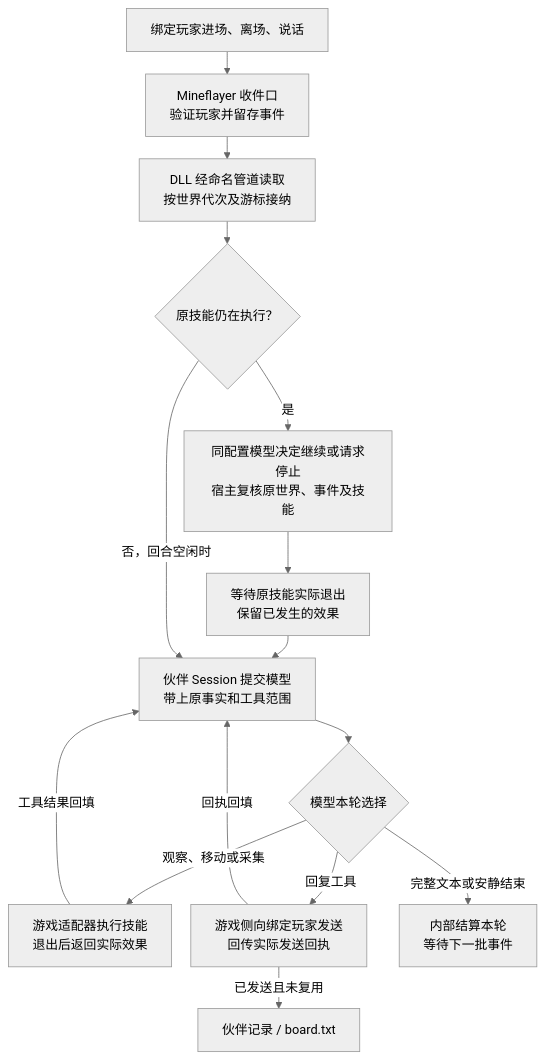
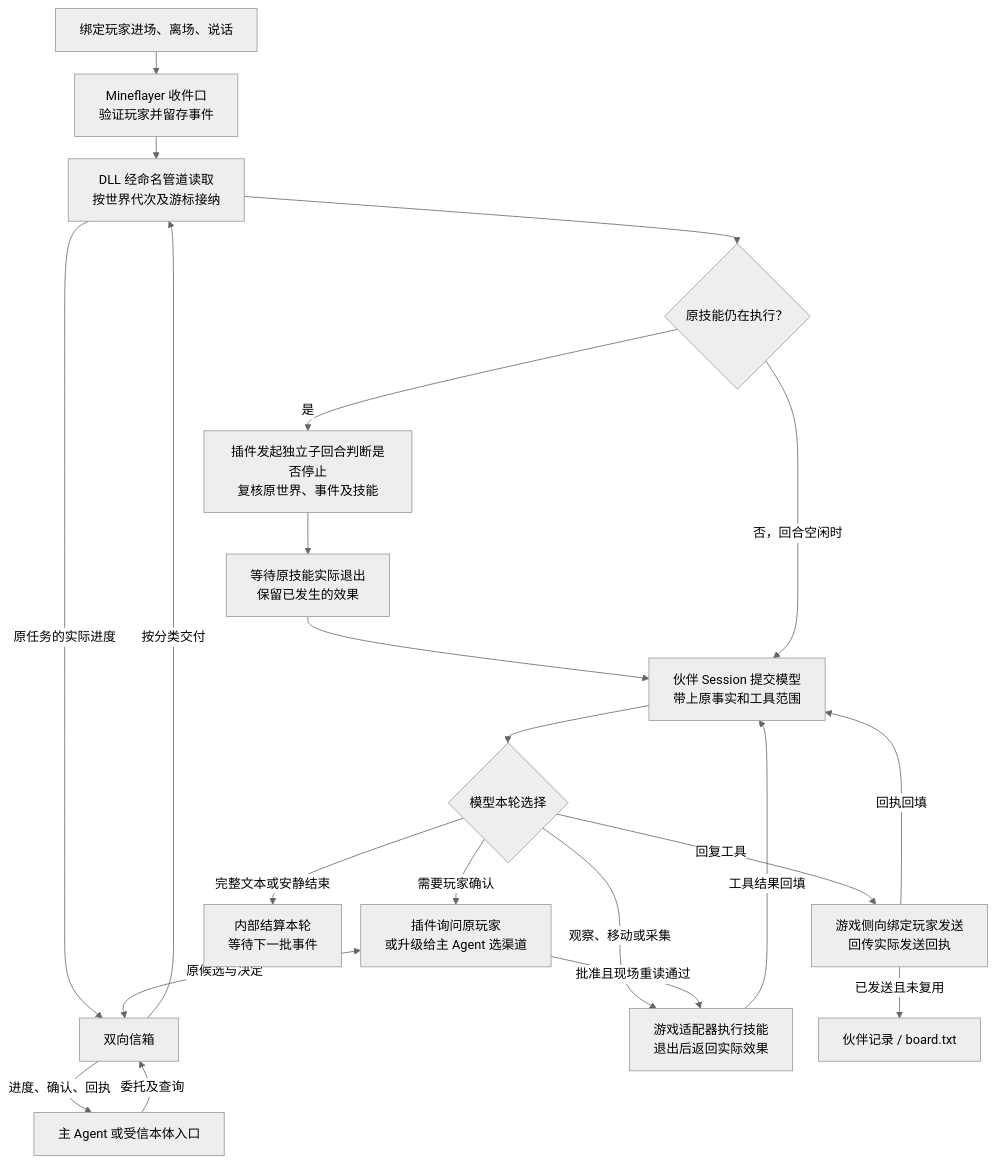
Before and after one commit to AuraKaliya/DaFeiYu-: the third of 5 diagrams in docs/architecture.md, drawn with Mermaid (neutral theme). The commit also changed other lines of this file and 2 other files, not shown here.

````diff
--- a/docs/architecture.md
+++ b/docs/architecture.md
@@ -106,23 +108,30 @@
 ```mermaid
 ---
 config:
   flowchart:
     rankSpacing: 28
     nodeSpacing: 24
 ---
 flowchart TB
     Player["绑定玩家进场、离场、说话"] --> Inbox["Mineflayer 收件口<br/>验证玩家并留存事件"]
     Inbox --> Read["DLL 经命名管道读取<br/>按世界代次及游标接纳"]
+    Main["主 Agent 或受信本体入口"] -->|委托及查询| Mail["双向信箱"]
+    Mail -->|按分类交付| Read
+    Read -->|原任务的实际进度| Mail
+    Mail -->|进度、确认、回执| Main
     Read --> Busy{"原技能仍在执行？"}
-    Busy -->|是| Review["同配置模型决定继续或请求停止<br/>宿主复核原世界、事件及技能"]
+    Busy -->|是| Review["插件发起独立子回合判断是否停止<br/>复核原世界、事件及技能"]
     Review --> Exit["等待原技能实际退出<br/>保留已发生的效果"]
     Exit --> Decide
     Busy -->|否，回合空闲时| Decide["伙伴 Session 提交模型<br/>带上原事实和工具范围"]
     Decide --> Choice{"模型本轮选择"}
     Choice -->|观察、移动或采集| Skill["游戏适配器执行技能<br/>退出后返回实际效果"]
     Skill -->|工具结果回填| Decide
+    Choice -->|需要玩家确认| Approval["插件询问原玩家<br/>或升级给主 Agent 选渠道"]
+    Approval <-->|原候选与决定| Mail
+    Approval -->|批准且现场重读通过| Skill
     Choice -->|回复工具| Reply["游戏侧向绑定玩家发送<br/>回传实际发送回执"]
     Reply -->|回执回填| Decide
     Reply -->|已发送且未复用| Board["伙伴记录 / board.txt"]
     Choice -->|完整文本或安静结束| Finish["内部结算本轮<br/>等待下一批事件"]
 ```
````
